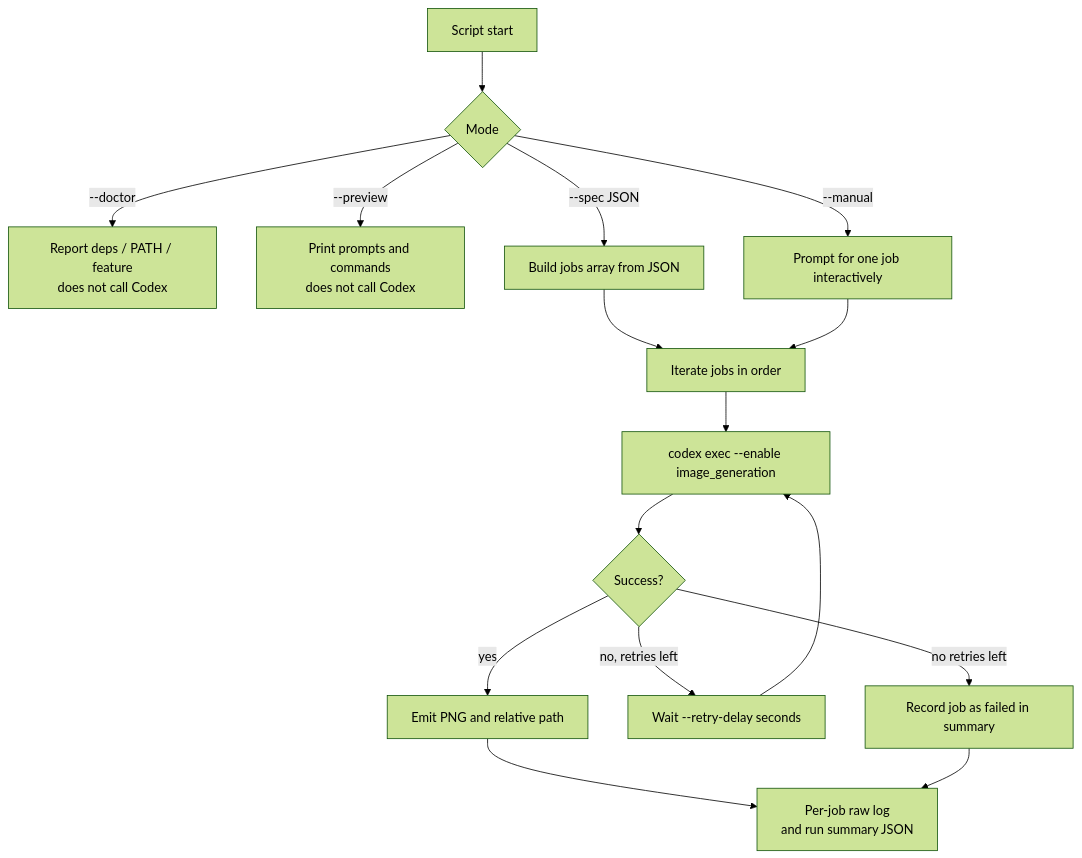
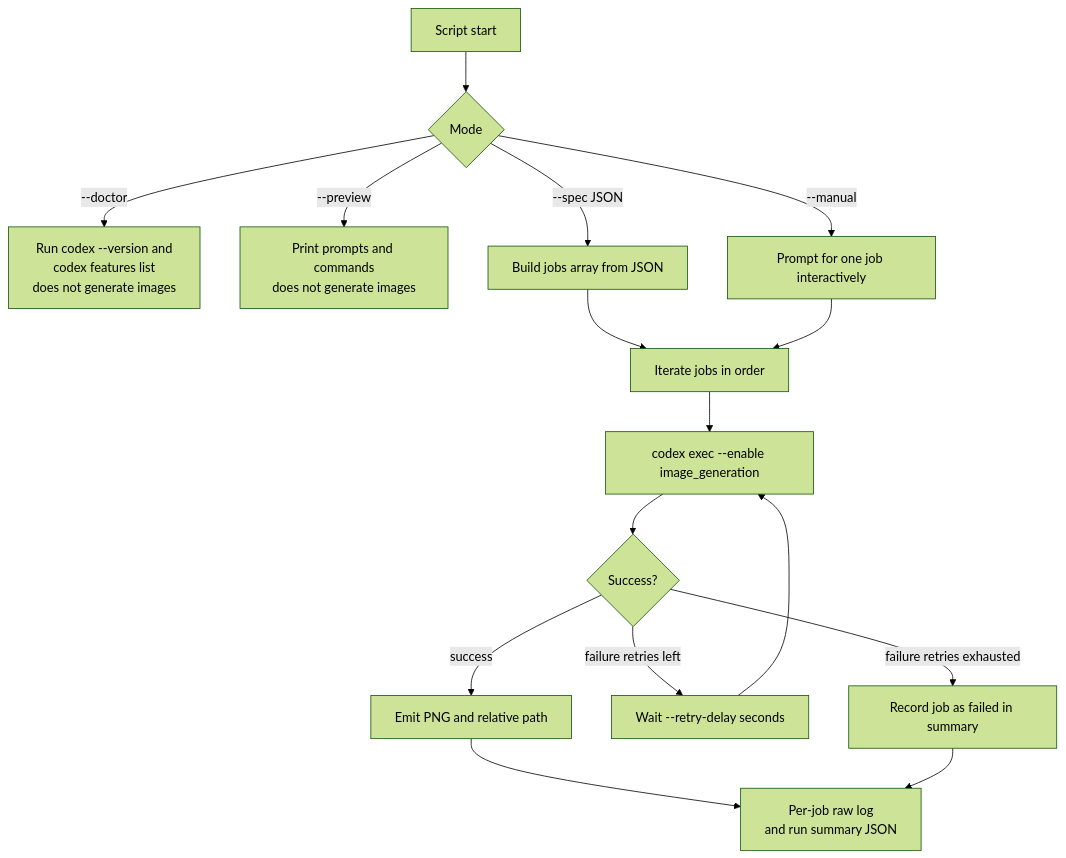
One commit to TK2F/codex-cli-image-generation-wsl2-notes changed the third of 3 diagrams in README.en.md. Above: the diagram before and after it, drawn with Mermaid (forest theme). The commit also changed other lines of this file and 2 other files, not shown here.

First paragraph of the commit message:
Fix doctor/preview scope claims, harden Mermaid, expand maintainer notes
Addresses potential issues surfaced by a cross-role adversarial review
and prepares the maintainer checklist for a Codex re-verification pass.

````diff
--- a/README.en.md
+++ b/README.en.md
@@ -147,17 +149,17 @@
 ```mermaid
 flowchart TD
   Start[Script start] --> Pre{Mode}
-  Pre -->|--doctor| Doc[Report deps / PATH / feature<br/>does not call Codex]
-  Pre -->|--preview| Pv[Print prompts and commands<br/>does not call Codex]
+  Pre -->|--doctor| Doc[Run codex --version and<br/>codex features list<br/>does not generate images]
+  Pre -->|--preview| Pv[Print prompts and commands<br/>does not generate images]
   Pre -->|--manual| Man[Prompt for one job interactively]
   Pre -->|--spec JSON| Spec[Build jobs array from JSON]
   Spec --> Loop[Iterate jobs in order]
   Man --> Loop
   Loop --> Exec[codex exec --enable image_generation]
   Exec --> Ok{Success?}
-  Ok -->|yes| Out[Emit PNG and relative path]
-  Ok -->|no, retries left| Retry[Wait --retry-delay seconds] --> Exec
-  Ok -->|no retries left| Fail[Record job as failed in summary]
+  Ok -->|success| Out[Emit PNG and relative path]
+  Ok -->|failure retries left| Retry[Wait --retry-delay seconds] --> Exec
+  Ok -->|failure retries exhausted| Fail[Record job as failed in summary]
   Out --> Sum[Per-job raw log<br/>and run summary JSON]
   Fail --> Sum
 ```
````
